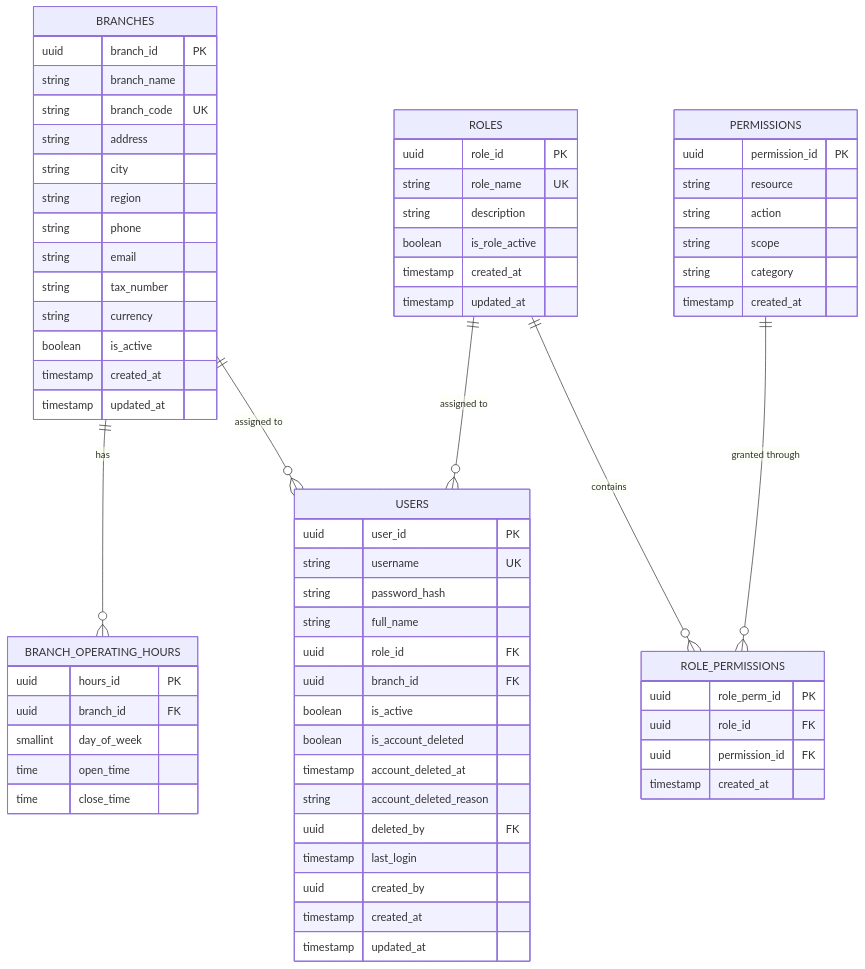
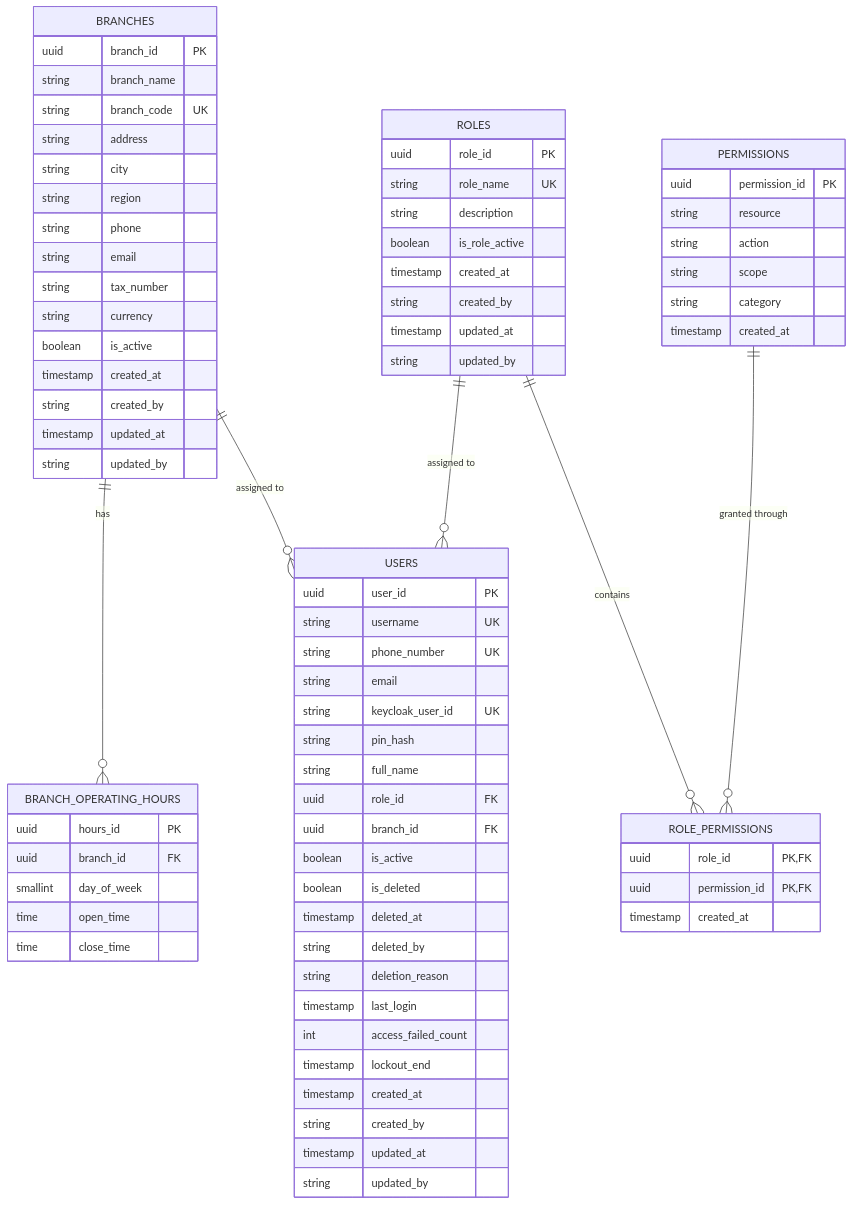
One commit to EngWaleed999/POS changed the first of 3 diagrams in docs/SYSTEM_SPECIFICATION_AND_ROLES.md. Above: the diagram before and after it, drawn with Mermaid. The commit also changed other lines of this file and 14 other files, not shown here.

````diff
--- a/docs/SYSTEM_SPECIFICATION_AND_ROLES.md
+++ b/docs/SYSTEM_SPECIFICATION_AND_ROLES.md
@@ -56,7 +56,9 @@
         string currency
         boolean is_active
         timestamp created_at
+        string created_by
         timestamp updated_at
+        string updated_by
     }
 
     BRANCH_OPERATING_HOURS {
@@ -73,7 +75,9 @@
         string description
         boolean is_role_active
         timestamp created_at
+        string created_by
         timestamp updated_at
+        string updated_by
     }
 
     PERMISSIONS {
@@ -86,27 +90,32 @@
     }
 
     ROLE_PERMISSIONS {
-        uuid role_perm_id PK
-        uuid role_id FK
-        uuid permission_id FK
+        uuid role_id PK,FK
+        uuid permission_id PK,FK
         timestamp created_at
     }
 
     USERS {
         uuid user_id PK
         string username UK
-        string password_hash
+        string phone_number UK
+        string email
+        string keycloak_user_id UK
+        string pin_hash
         string full_name
         uuid role_id FK
         uuid branch_id FK
         boolean is_active
-        boolean is_account_deleted
-        timestamp account_deleted_at
-        string account_deleted_reason
-        uuid deleted_by FK
+        boolean is_deleted
+        timestamp deleted_at
+        string deleted_by
+        string deletion_reason
         timestamp last_login
-        uuid created_by
+        int access_failed_count
+        timestamp lockout_end
         timestamp created_at
+        string created_by
         timestamp updated_at
+        string updated_by
     }
 ```
````
